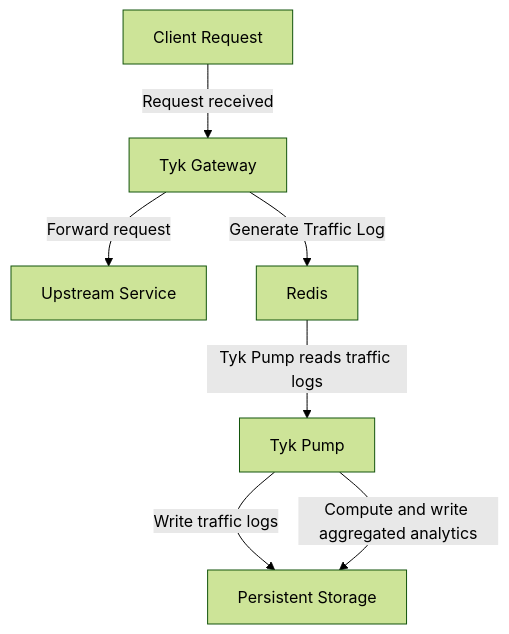
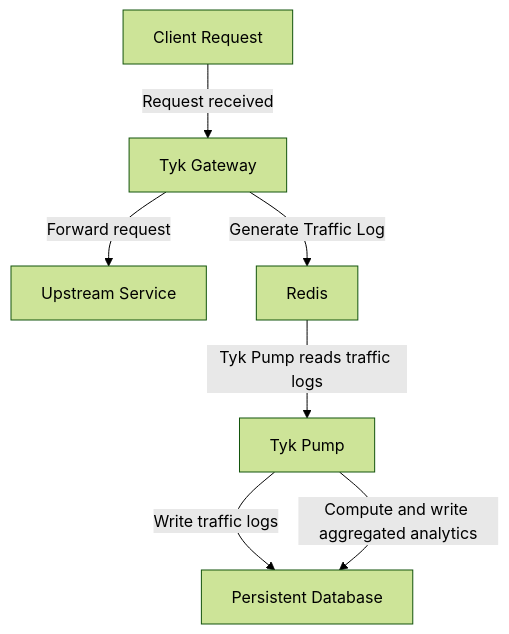
Before and after one commit to TykTechnologies/tyk-docs: the first of 2 diagrams in api-management/dashboard-analytics.mdx, drawn with Mermaid (forest theme). The commit also changed other lines of this file and 36 other files, not shown here.

````diff
--- a/api-management/dashboard-analytics.mdx
+++ b/api-management/dashboard-analytics.mdx
@@ -123,9 +123,9 @@
 ```mermaid
 graph TD
     A[Client Request] -->|Request received| B[Tyk Gateway]
     B -->|Forward request| U[Upstream Service]
     B -->|Generate Traffic Log| C[Redis]
     C -->|Tyk Pump reads traffic logs| D[Tyk Pump]
-    D -->|Write traffic logs| E[Persistent Storage]
+    D -->|Write traffic logs| E[Persistent Database]
     D -->|Compute and write aggregated analytics| E
 ```
````
